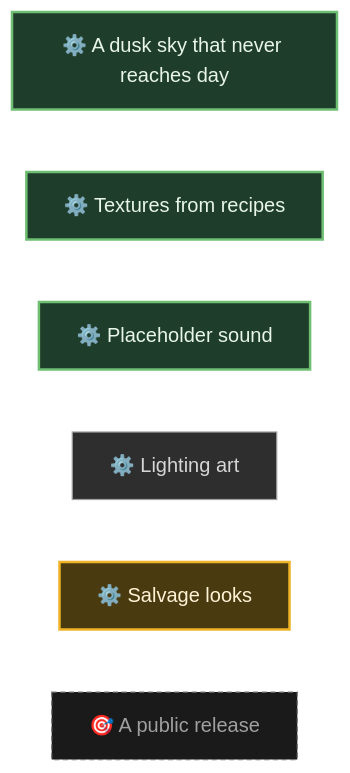
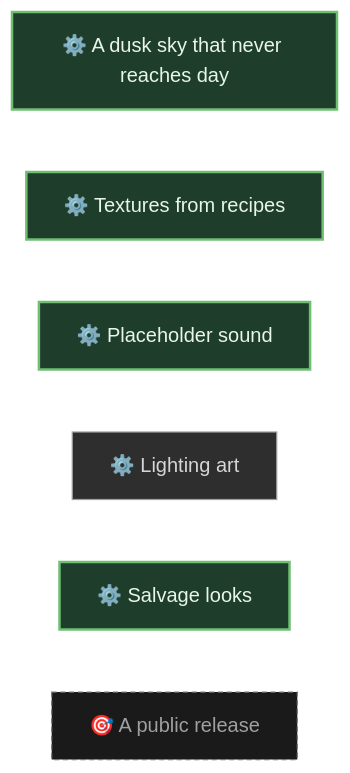
One commit to pkeppeler/deepcharter changed diagram 28 of 30 in docs/FEATURE-MAP.md. Above: the diagram before and after it, drawn with Mermaid (forest theme). The commit also changed other lines of this file and 26 other files, not shown here.

First line of the commit message:
Keep salvage crate A and B, stalk B; drop the other looks (#505) (#519)

````diff
--- a/docs/FEATURE-MAP.md
+++ b/docs/FEATURE-MAP.md
@@ -1504,18 +1503,17 @@
 ```mermaid
 flowchart LR
   n_dusk_sky["⚙️ A dusk sky that never reaches day"]
   n_texture_recipes["⚙️ Textures from recipes"]
   n_placeholder_sound["⚙️ Placeholder sound"]
   n_art_lighting["⚙️ Lighting art"]
   n_salvage_looks["⚙️ Salvage looks"]
   n_public_release["🎯 A public release"]
   classDef built fill:#1f3d2b,stroke:#6fbf73,stroke-width:2px,color:#e8f5e9
   classDef progress fill:#4a3a10,stroke:#f0b429,stroke-width:2px,color:#fff3d6
   classDef planned fill:#2e2e2e,stroke:#9e9e9e,stroke-width:1px,color:#d6d6d6
   classDef idea fill:#1a1a1a,stroke:#757575,stroke-width:1px,stroke-dasharray:4 3,color:#a0a0a0
   classDef ext fill:#ffffff,stroke:#999999,stroke-width:1px,stroke-dasharray:2 2,color:#555555
-  class n_dusk_sky,n_texture_recipes,n_placeholder_sound built
-  class n_salvage_looks progress
+  class n_dusk_sky,n_texture_recipes,n_placeholder_sound,n_salvage_looks built
   class n_art_lighting planned
   class n_public_release idea
 ```
````
